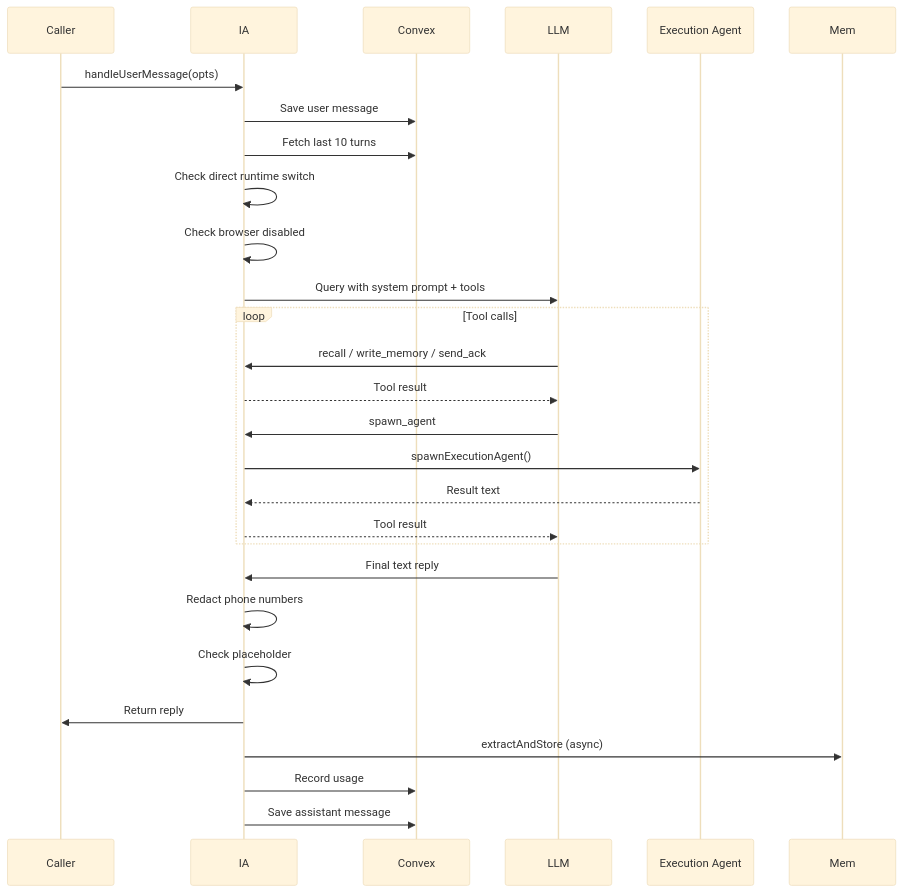
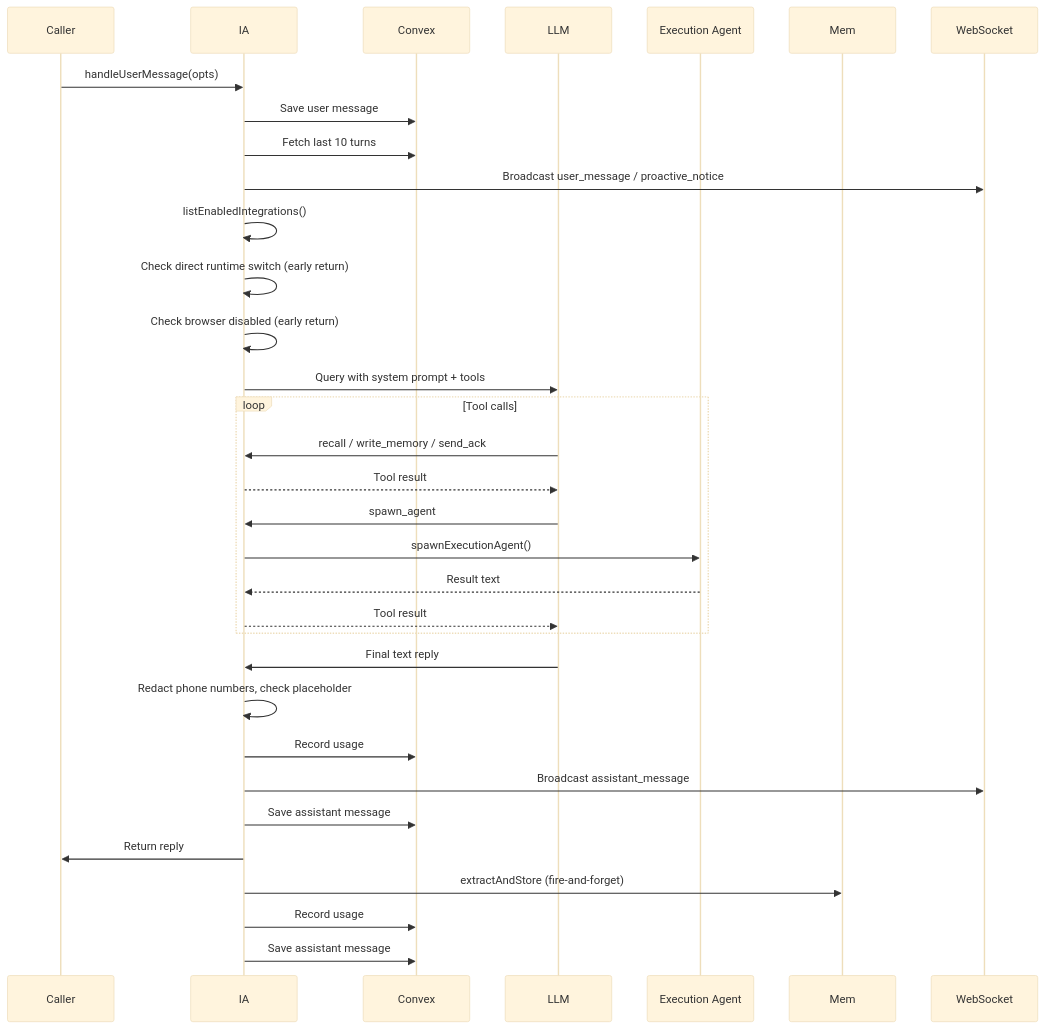
One commit to ewe-studios/explorations changed the second of 2 diagrams in [src.booagent]/boop-agent/markdown/02-interaction-agent.md. Above: the diagram before and after it, drawn with Mermaid (base theme). The commit also changed other lines of this file and 11 other files, not shown here.

````diff
--- a/[src.booagent]/boop-agent/markdown/02-interaction-agent.md
+++ b/[src.booagent]/boop-agent/markdown/02-interaction-agent.md
@@ -305,31 +306,36 @@
 ```mermaid
 sequenceDiagram
     participant Caller
     participant IA
     participant Convex
     participant LLM
     participant EA as Execution Agent
     participant Mem
+    participant WS as WebSocket
 
     Caller->>IA: handleUserMessage(opts)
     IA->>Convex: Save user message
     IA->>Convex: Fetch last 10 turns
-    IA->>IA: Check direct runtime switch
-    IA->>IA: Check browser disabled
+    IA->>WS: Broadcast user_message / proactive_notice
+    IA->>IA: listEnabledIntegrations()
+    IA->>IA: Check direct runtime switch (early return)
+    IA->>IA: Check browser disabled (early return)
     IA->>LLM: Query with system prompt + tools
     loop Tool calls
         LLM->>IA: recall / write_memory / send_ack
         IA-->>LLM: Tool result
         LLM->>IA: spawn_agent
         IA->>EA: spawnExecutionAgent()
         EA-->>IA: Result text
         IA-->>LLM: Tool result
     end
     LLM->>IA: Final text reply
-    IA->>IA: Redact phone numbers
-    IA->>IA: Check placeholder
+    IA->>IA: Redact phone numbers, check placeholder
+    IA->>Convex: Record usage
+    IA->>WS: Broadcast assistant_message
+    IA->>Convex: Save assistant message
     IA->>Caller: Return reply
-    IA->>Mem: extractAndStore (async)
+    IA->>Mem: extractAndStore (fire-and-forget)
     IA->>Convex: Record usage
     IA->>Convex: Save assistant message
 ```
````
